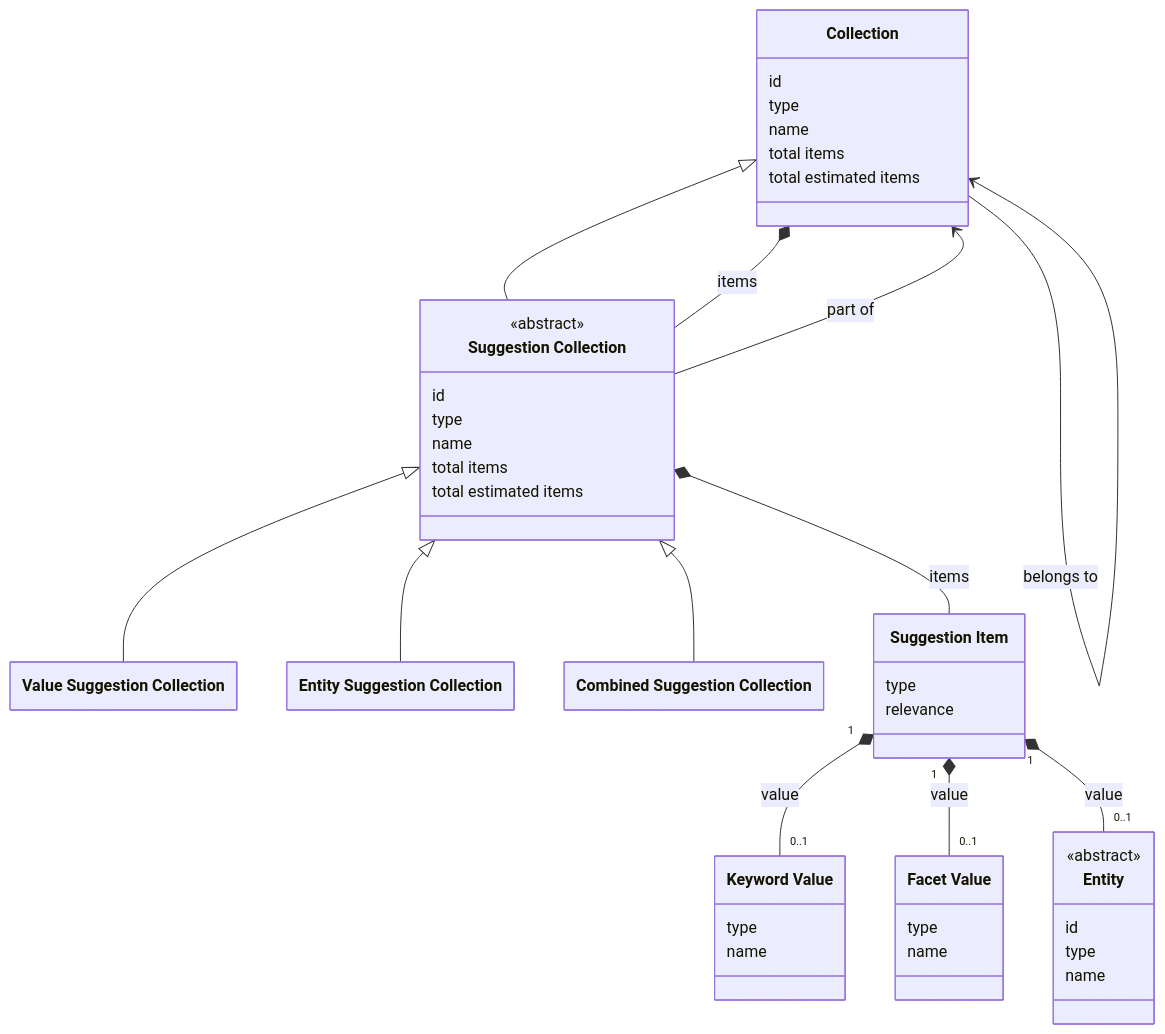
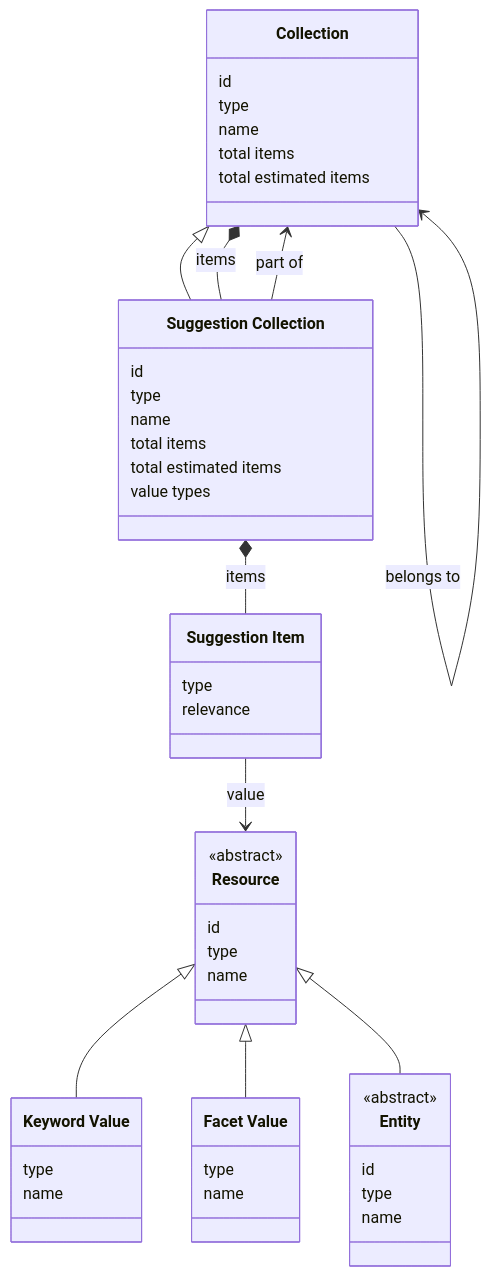
The diagram in docs/requirements/data-layer-api/rest/suggestions.md (netwerk-digitaal-erfgoed/netwerk-digitaal-erfgoed.github.io), drawn with Mermaid before and after one commit. The commit also changed other lines of this file and 2 other files, not shown here.

Commit message:
docs(data-layer-api): generalize suggestion model

````diff
--- a/docs/requirements/data-layer-api/rest/suggestions.md
+++ b/docs/requirements/data-layer-api/rest/suggestions.md
@@ -32,64 +30,65 @@
 ```mermaid
 ---
   config:
     class:
       hideEmptyMembersBox: true
 ---
 classDiagram
+
+class Resource["Resource"] {
+  <<abstract>>
+  id
+  type
+  name
+}
 
 class Collection["Collection"] {
   id
   type
   name
   total items
   total estimated items
 }
 
 class SuggestionCollection["Suggestion Collection"] {
-  <<abstract>>
   id
   type
   name
   total items
   total estimated items
+  value types
 }
-
-class ValueSuggestionCollection["Value Suggestion Collection"]
-class EntitySuggestionCollection["Entity Suggestion Collection"]
-class CombinedSuggestionCollection["Combined Suggestion Collection"]
 
 class SuggestionItem["Suggestion Item"] {
   type
   relevance
 }
 
 class KeywordValue["Keyword Value"] {
   type
   name
 }
 
 class FacetValue["Facet Value"] {
   type
   name
 }
 
 class Entity {
   <<abstract>>
   id
   type
   name
 }
 
 Collection <|-- SuggestionCollection
+Resource <|-- KeywordValue
+Resource <|-- FacetValue
+Resource <|-- Entity
 Collection --> Collection : suggestions
 Collection --> Collection : belongs to
 Collection *-- SuggestionCollection : items
 SuggestionCollection --> Collection : part of
-SuggestionCollection <|-- ValueSuggestionCollection
-SuggestionCollection <|-- EntitySuggestionCollection
-SuggestionCollection <|-- CombinedSuggestionCollection
 SuggestionCollection *-- SuggestionItem : items
-SuggestionItem "1" *-- "0..1" KeywordValue : value
-SuggestionItem "1" *-- "0..1" FacetValue : value
-SuggestionItem "1" *-- "0..1" Entity  : value
+SuggestionItem --> Resource : value
 ```
````
